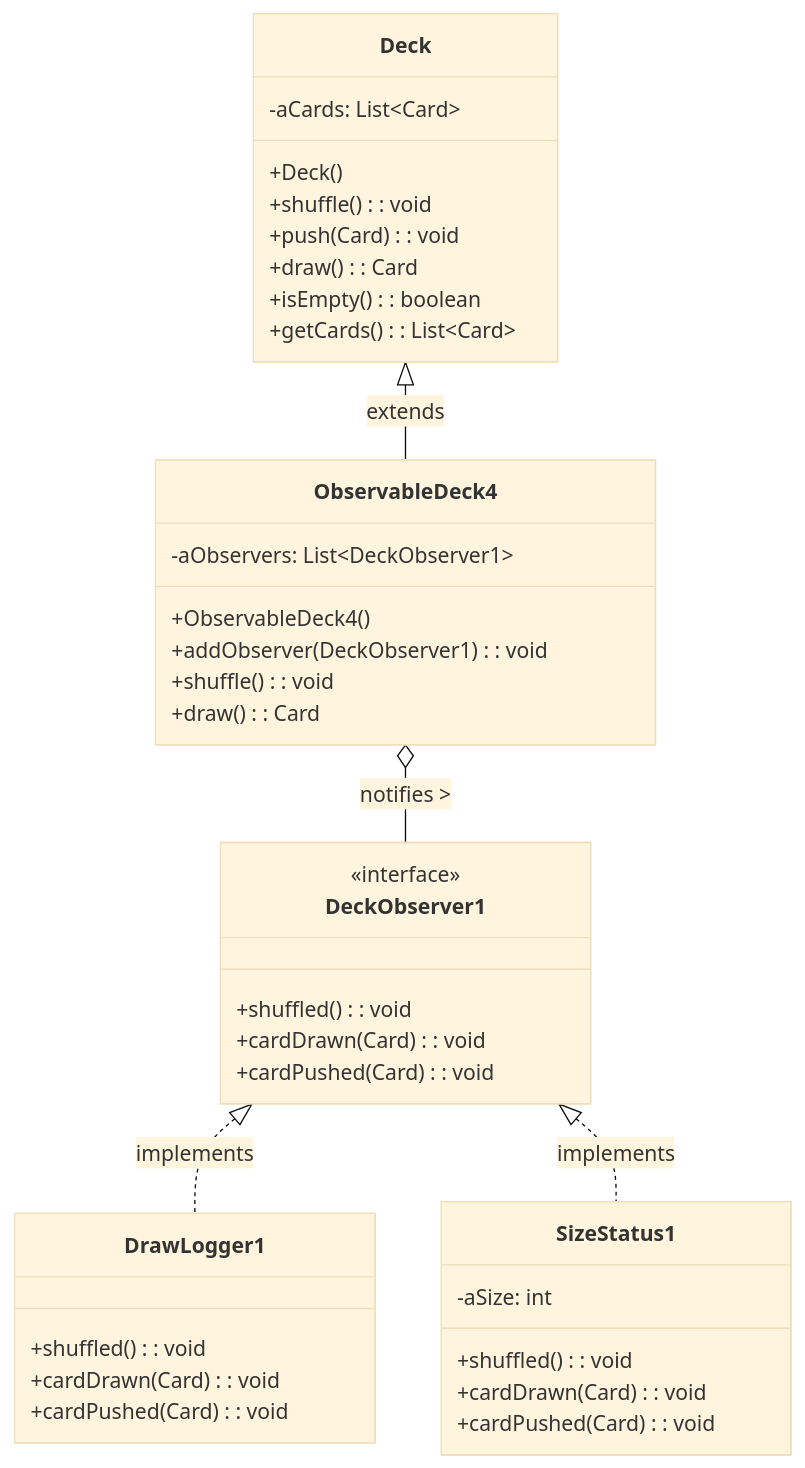
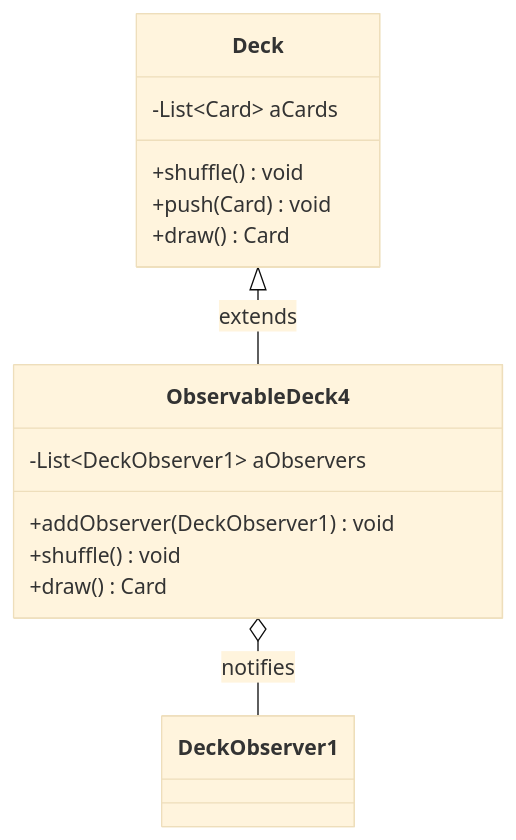
The fourth of 4 diagrams in post-class_10/README.md (VanKhoiIT/Learn_SD), drawn with Mermaid (base theme) before and after one commit. The commit also changed other lines of this file, not shown here.

````diff
--- a/post-class_10/README.md
+++ b/post-class_10/README.md
@@ -642,47 +191,18 @@
 ```mermaid
 classDiagram
     direction TB
-
     class Deck {
-        -aCards: List~Card~
-        +Deck()
-        +shuffle(): void
-        +push(Card): void
-        +draw(): Card
-        +isEmpty(): boolean
-        +getCards(): List~Card~
+        -List~Card~ aCards
+        +shuffle() void
+        +push(Card) void
+        +draw() Card
     }
-
     class ObservableDeck4 {
-        -aObservers: List~DeckObserver1~
-        +ObservableDeck4()
-        +addObserver(DeckObserver1): void
-        +shuffle(): void
-        +draw(): Card
+        -List~DeckObserver1~ aObservers
+        +addObserver(DeckObserver1) void
+        +shuffle() void
+        +draw() Card
     }
-
-    class DeckObserver1 {
-        <<interface>>
-        +shuffled(): void
-        +cardDrawn(Card): void
-        +cardPushed(Card): void
-    }
-
-    class DrawLogger1 {
-        +shuffled(): void
-        +cardDrawn(Card): void
-        +cardPushed(Card): void
-    }
-
-    class SizeStatus1 {
-        -aSize: int
-        +shuffled(): void
-        +cardDrawn(Card): void
-        +cardPushed(Card): void
-    }
-
     Deck <|-- ObservableDeck4 : extends
-    ObservableDeck4 o-- DeckObserver1 : notifies >
-    DeckObserver1 <|.. DrawLogger1 : implements
-    DeckObserver1 <|.. SizeStatus1 : implements
+    ObservableDeck4 o-- DeckObserver1 : notifies
 ```
````
